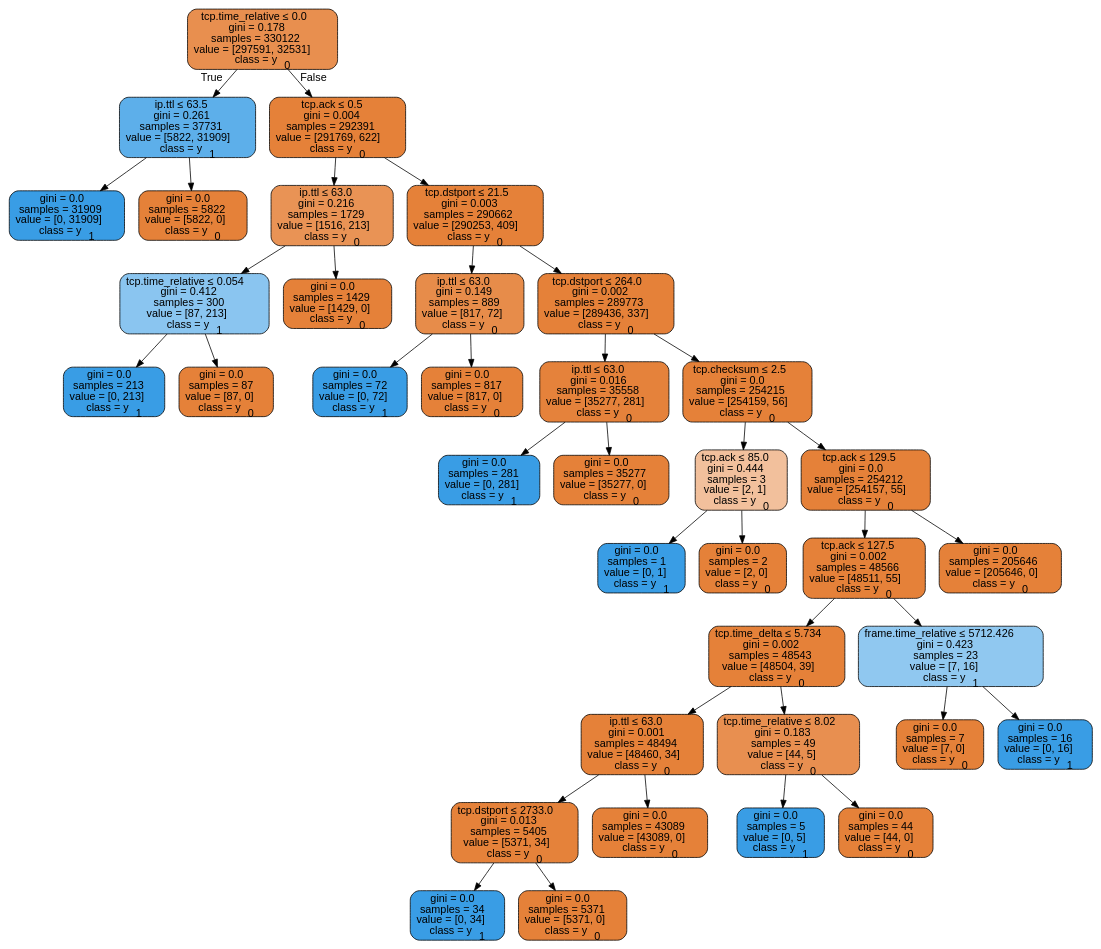
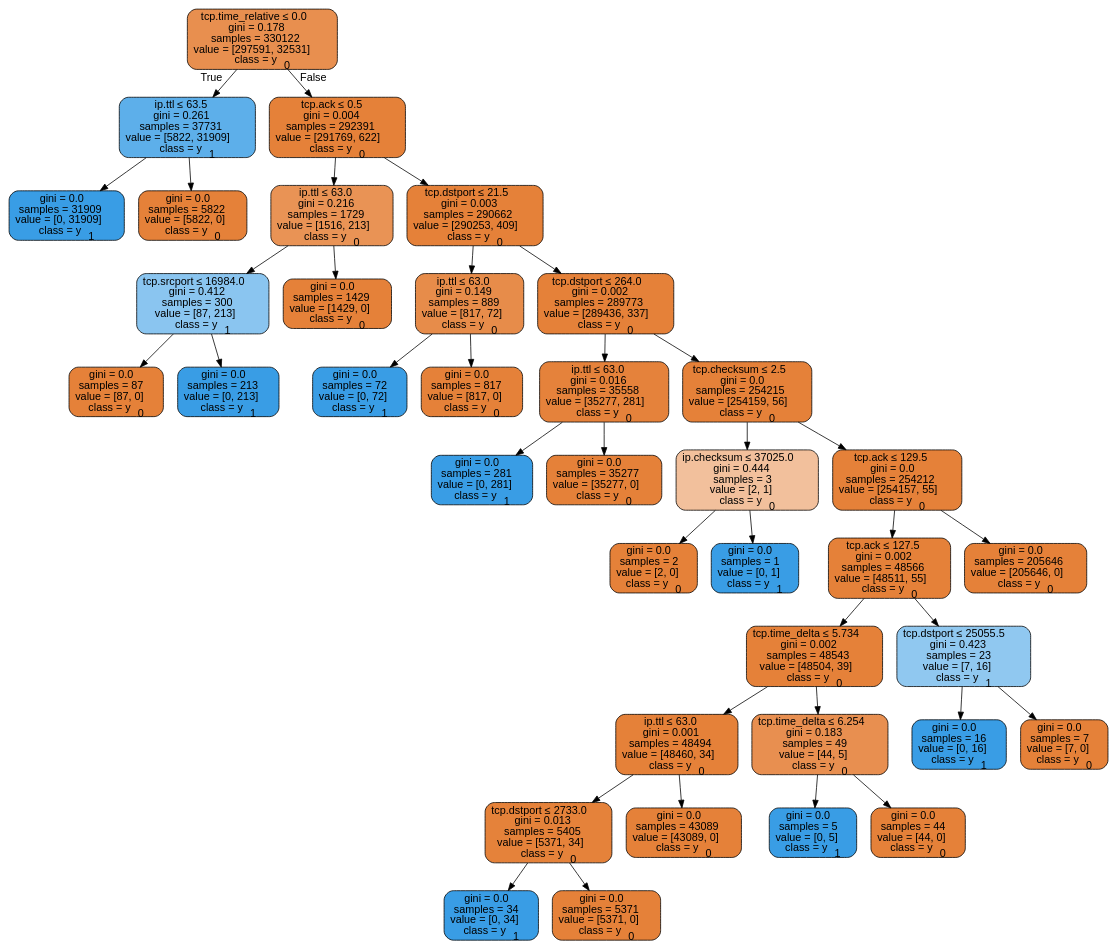
The diagram in tree_graph.dot (MIllionBenjamin/Port-Scanning-Detection-in-Packet-Capture-PCAP-File-Using-Decision-Tree-and-Logistic-Regression), drawn with Graphviz before and after one commit. The commit also changed 4 other files, not shown here.

```diff
--- a/tree_graph.dot
+++ b/tree_graph.dot
@@ -1,77 +1,77 @@
 digraph Tree {
 node [shape=box, style="filled, rounded", color="black", fontname="helvetica"] ;
 edge [fontname="helvetica"] ;
 0 [label=<tcp.time_relative &le; 0.0<br/>gini = 0.178<br/>samples = 330122<br/>value = [297591, 32531]<br/>class = y<SUB>0</SUB>>, fillcolor="#e88f4f"] ;
 1 [label=<ip.ttl &le; 63.5<br/>gini = 0.261<br/>samples = 37731<br/>value = [5822, 31909]<br/>class = y<SUB>1</SUB>>, fillcolor="#5dafea"] ;
 0 -> 1 [labeldistance=2.5, labelangle=45, headlabel="True"] ;
 2 [label=<gini = 0.0<br/>samples = 31909<br/>value = [0, 31909]<br/>class = y<SUB>1</SUB>>, fillcolor="#399de5"] ;
 1 -> 2 ;
 3 [label=<gini = 0.0<br/>samples = 5822<br/>value = [5822, 0]<br/>class = y<SUB>0</SUB>>, fillcolor="#e58139"] ;
 1 -> 3 ;
 4 [label=<tcp.ack &le; 0.5<br/>gini = 0.004<br/>samples = 292391<br/>value = [291769, 622]<br/>class = y<SUB>0</SUB>>, fillcolor="#e58139"] ;
 0 -> 4 [labeldistance=2.5, labelangle=-45, headlabel="False"] ;
 5 [label=<ip.ttl &le; 63.0<br/>gini = 0.216<br/>samples = 1729<br/>value = [1516, 213]<br/>class = y<SUB>0</SUB>>, fillcolor="#e99355"] ;
 4 -> 5 ;
-6 [label=<tcp.time_relative &le; 0.054<br/>gini = 0.412<br/>samples = 300<br/>value = [87, 213]<br/>class = y<SUB>1</SUB>>, fillcolor="#8ac5f0"] ;
+6 [label=<tcp.srcport &le; 16984.0<br/>gini = 0.412<br/>samples = 300<br/>value = [87, 213]<br/>class = y<SUB>1</SUB>>, fillcolor="#8ac5f0"] ;
 5 -> 6 ;
-7 [label=<gini = 0.0<br/>samples = 213<br/>value = [0, 213]<br/>class = y<SUB>1</SUB>>, fillcolor="#399de5"] ;
+7 [label=<gini = 0.0<br/>samples = 87<br/>value = [87, 0]<br/>class = y<SUB>0</SUB>>, fillcolor="#e58139"] ;
 6 -> 7 ;
-8 [label=<gini = 0.0<br/>samples = 87<br/>value = [87, 0]<br/>class = y<SUB>0</SUB>>, fillcolor="#e58139"] ;
+8 [label=<gini = 0.0<br/>samples = 213<br/>value = [0, 213]<br/>class = y<SUB>1</SUB>>, fillcolor="#399de5"] ;
 6 -> 8 ;
 9 [label=<gini = 0.0<br/>samples = 1429<br/>value = [1429, 0]<br/>class = y<SUB>0</SUB>>, fillcolor="#e58139"] ;
 5 -> 9 ;
 10 [label=<tcp.dstport &le; 21.5<br/>gini = 0.003<br/>samples = 290662<br/>value = [290253, 409]<br/>class = y<SUB>0</SUB>>, fillcolor="#e58139"] ;
 4 -> 10 ;
 11 [label=<ip.ttl &le; 63.0<br/>gini = 0.149<br/>samples = 889<br/>value = [817, 72]<br/>class = y<SUB>0</SUB>>, fillcolor="#e78c4a"] ;
 10 -> 11 ;
 12 [label=<gini = 0.0<br/>samples = 72<br/>value = [0, 72]<br/>class = y<SUB>1</SUB>>, fillcolor="#399de5"] ;
 11 -> 12 ;
 13 [label=<gini = 0.0<br/>samples = 817<br/>value = [817, 0]<br/>class = y<SUB>0</SUB>>, fillcolor="#e58139"] ;
 11 -> 13 ;
 14 [label=<tcp.dstport &le; 264.0<br/>gini = 0.002<br/>samples = 289773<br/>value = [289436, 337]<br/>class = y<SUB>0</SUB>>, fillcolor="#e58139"] ;
 10 -> 14 ;
 15 [label=<ip.ttl &le; 63.0<br/>gini = 0.016<br/>samples = 35558<br/>value = [35277, 281]<br/>class = y<SUB>0</SUB>>, fillcolor="#e5823b"] ;
 14 -> 15 ;
 16 [label=<gini = 0.0<br/>samples = 281<br/>value = [0, 281]<br/>class = y<SUB>1</SUB>>, fillcolor="#399de5"] ;
 15 -> 16 ;
 17 [label=<gini = 0.0<br/>samples = 35277<br/>value = [35277, 0]<br/>class = y<SUB>0</SUB>>, fillcolor="#e58139"] ;
 15 -> 17 ;
 18 [label=<tcp.checksum &le; 2.5<br/>gini = 0.0<br/>samples = 254215<br/>value = [254159, 56]<br/>class = y<SUB>0</SUB>>, fillcolor="#e58139"] ;
 14 -> 18 ;
-19 [label=<tcp.ack &le; 85.0<br/>gini = 0.444<br/>samples = 3<br/>value = [2, 1]<br/>class = y<SUB>0</SUB>>, fillcolor="#f2c09c"] ;
+19 [label=<ip.checksum &le; 37025.0<br/>gini = 0.444<br/>samples = 3<br/>value = [2, 1]<br/>class = y<SUB>0</SUB>>, fillcolor="#f2c09c"] ;
 18 -> 19 ;
-20 [label=<gini = 0.0<br/>samples = 1<br/>value = [0, 1]<br/>class = y<SUB>1</SUB>>, fillcolor="#399de5"] ;
+20 [label=<gini = 0.0<br/>samples = 2<br/>value = [2, 0]<br/>class = y<SUB>0</SUB>>, fillcolor="#e58139"] ;
 19 -> 20 ;
-21 [label=<gini = 0.0<br/>samples = 2<br/>value = [2, 0]<br/>class = y<SUB>0</SUB>>, fillcolor="#e58139"] ;
+21 [label=<gini = 0.0<br/>samples = 1<br/>value = [0, 1]<br/>class = y<SUB>1</SUB>>, fillcolor="#399de5"] ;
 19 -> 21 ;
 22 [label=<tcp.ack &le; 129.5<br/>gini = 0.0<br/>samples = 254212<br/>value = [254157, 55]<br/>class = y<SUB>0</SUB>>, fillcolor="#e58139"] ;
 18 -> 22 ;
 23 [label=<tcp.ack &le; 127.5<br/>gini = 0.002<br/>samples = 48566<br/>value = [48511, 55]<br/>class = y<SUB>0</SUB>>, fillcolor="#e58139"] ;
 22 -> 23 ;
 24 [label=<tcp.time_delta &le; 5.734<br/>gini = 0.002<br/>samples = 48543<br/>value = [48504, 39]<br/>class = y<SUB>0</SUB>>, fillcolor="#e58139"] ;
 23 -> 24 ;
 25 [label=<ip.ttl &le; 63.0<br/>gini = 0.001<br/>samples = 48494<br/>value = [48460, 34]<br/>class = y<SUB>0</SUB>>, fillcolor="#e58139"] ;
 24 -> 25 ;
 26 [label=<tcp.dstport &le; 2733.0<br/>gini = 0.013<br/>samples = 5405<br/>value = [5371, 34]<br/>class = y<SUB>0</SUB>>, fillcolor="#e5823a"] ;
 25 -> 26 ;
 27 [label=<gini = 0.0<br/>samples = 34<br/>value = [0, 34]<br/>class = y<SUB>1</SUB>>, fillcolor="#399de5"] ;
 26 -> 27 ;
 28 [label=<gini = 0.0<br/>samples = 5371<br/>value = [5371, 0]<br/>class = y<SUB>0</SUB>>, fillcolor="#e58139"] ;
 26 -> 28 ;
 29 [label=<gini = 0.0<br/>samples = 43089<br/>value = [43089, 0]<br/>class = y<SUB>0</SUB>>, fillcolor="#e58139"] ;
 25 -> 29 ;
-30 [label=<tcp.time_relative &le; 8.02<br/>gini = 0.183<br/>samples = 49<br/>value = [44, 5]<br/>class = y<SUB>0</SUB>>, fillcolor="#e88f50"] ;
+30 [label=<tcp.time_delta &le; 6.254<br/>gini = 0.183<br/>samples = 49<br/>value = [44, 5]<br/>class = y<SUB>0</SUB>>, fillcolor="#e88f50"] ;
 24 -> 30 ;
 31 [label=<gini = 0.0<br/>samples = 5<br/>value = [0, 5]<br/>class = y<SUB>1</SUB>>, fillcolor="#399de5"] ;
 30 -> 31 ;
 32 [label=<gini = 0.0<br/>samples = 44<br/>value = [44, 0]<br/>class = y<SUB>0</SUB>>, fillcolor="#e58139"] ;
 30 -> 32 ;
-33 [label=<frame.time_relative &le; 5712.426<br/>gini = 0.423<br/>samples = 23<br/>value = [7, 16]<br/>class = y<SUB>1</SUB>>, fillcolor="#90c8f0"] ;
+33 [label=<tcp.dstport &le; 25055.5<br/>gini = 0.423<br/>samples = 23<br/>value = [7, 16]<br/>class = y<SUB>1</SUB>>, fillcolor="#90c8f0"] ;
 23 -> 33 ;
-34 [label=<gini = 0.0<br/>samples = 7<br/>value = [7, 0]<br/>class = y<SUB>0</SUB>>, fillcolor="#e58139"] ;
+34 [label=<gini = 0.0<br/>samples = 16<br/>value = [0, 16]<br/>class = y<SUB>1</SUB>>, fillcolor="#399de5"] ;
 33 -> 34 ;
-35 [label=<gini = 0.0<br/>samples = 16<br/>value = [0, 16]<br/>class = y<SUB>1</SUB>>, fillcolor="#399de5"] ;
+35 [label=<gini = 0.0<br/>samples = 7<br/>value = [7, 0]<br/>class = y<SUB>0</SUB>>, fillcolor="#e58139"] ;
 33 -> 35 ;
 36 [label=<gini = 0.0<br/>samples = 205646<br/>value = [205646, 0]<br/>class = y<SUB>0</SUB>>, fillcolor="#e58139"] ;
 22 -> 36 ;
 }
```
